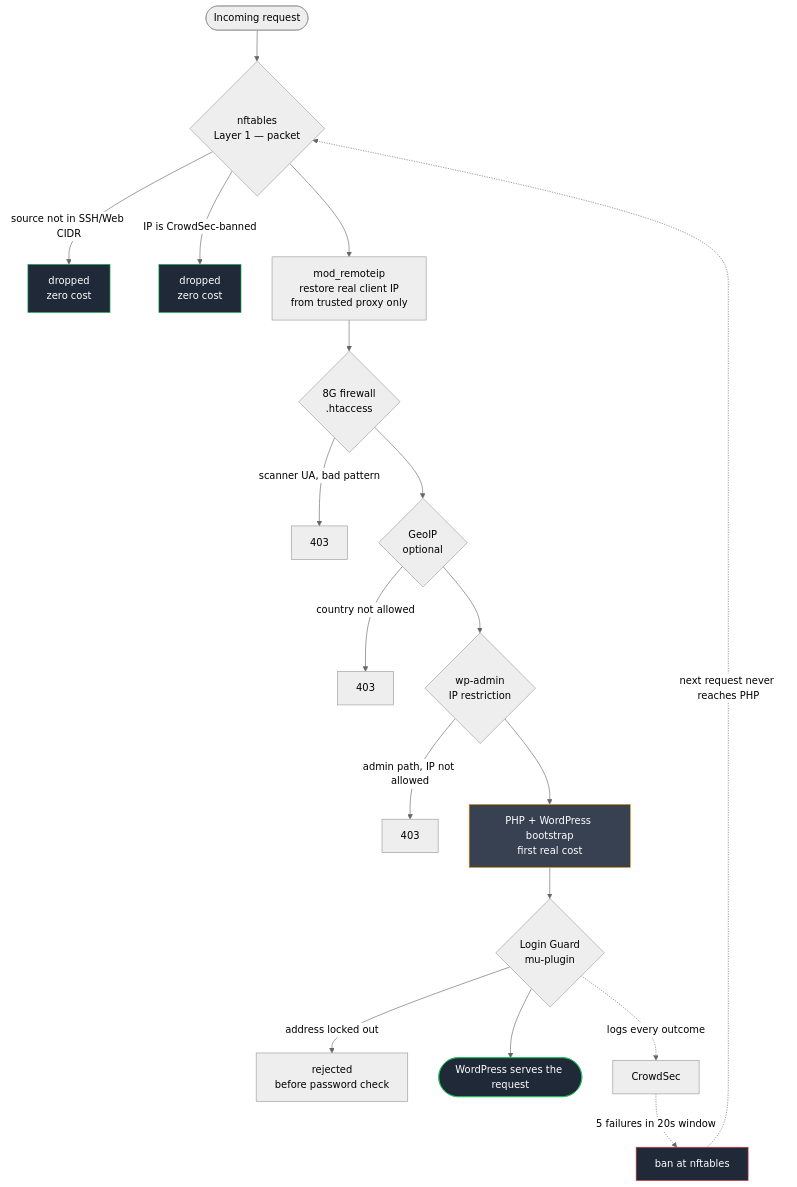
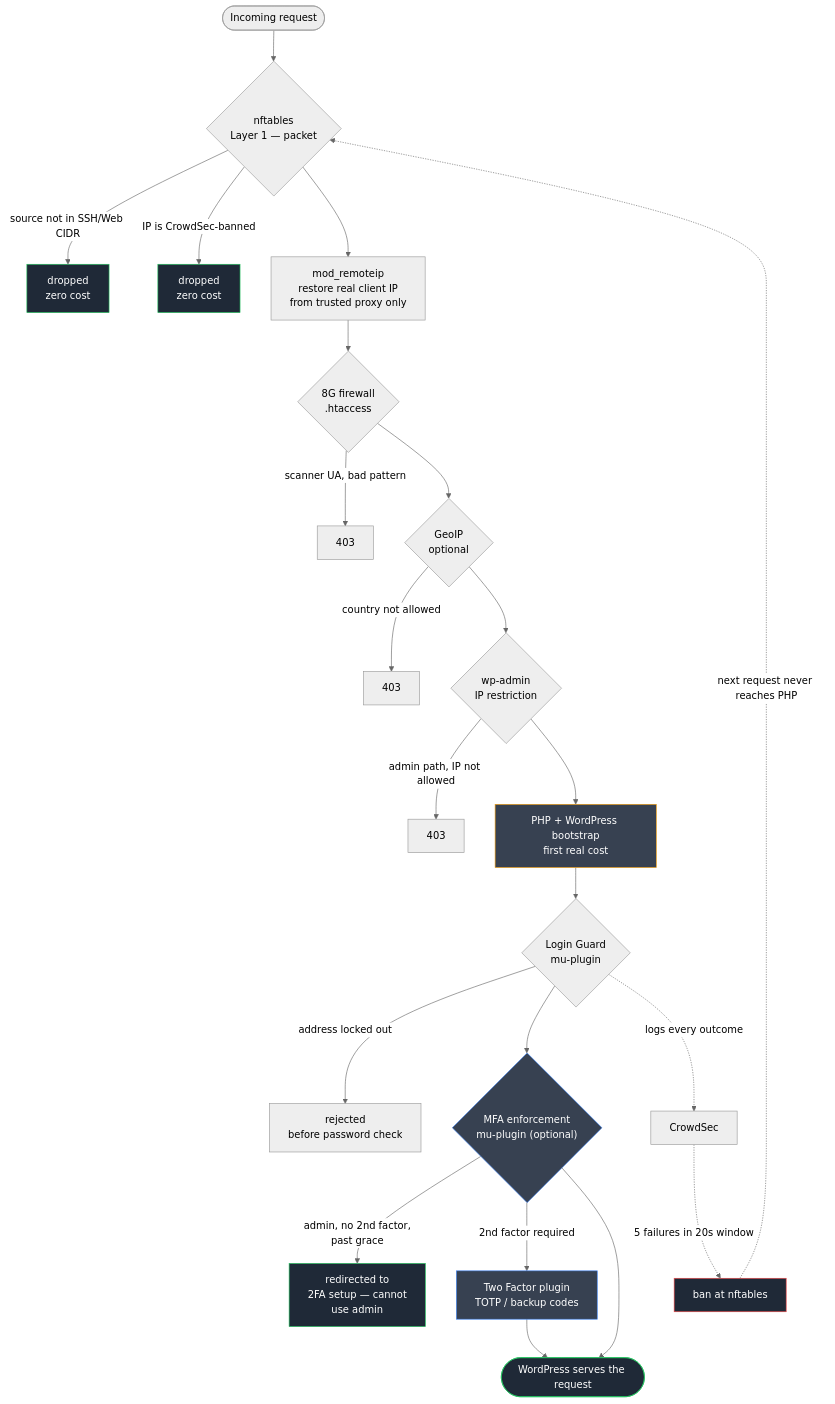
One commit to RothITguy-jitsi/alpine-vm-wordpress changed the second of 8 diagrams in ARCHITECTURE.md. Above: the diagram before and after it, drawn with Mermaid (neutral theme). The commit also changed other lines of this file and 24 other files, not shown here.

````diff
--- a/ARCHITECTURE.md
+++ b/ARCHITECTURE.md
@@ -81,29 +82,36 @@
 ```mermaid
 flowchart TD
     REQ(["Incoming request"]) --> L1{"nftables<br/>Layer 1 — packet"}
     L1 -->|"source not in SSH/Web CIDR"| D1["dropped<br/>zero cost"]
     L1 -->|"IP is CrowdSec-banned"| D2["dropped<br/>zero cost"]
     L1 --> RIP["mod_remoteip<br/>restore real client IP<br/>from trusted proxy only"]
 
     RIP --> L2A{"8G firewall<br/>.htaccess"}
     L2A -->|"scanner UA, bad pattern"| D3["403"]
     L2A --> L2B{"GeoIP<br/>optional"}
     L2B -->|"country not allowed"| D4["403"]
     L2B --> L2C{"wp-admin<br/>IP restriction"}
     L2C -->|"admin path, IP not allowed"| D5["403"]
 
     L2C --> PHP["PHP + WordPress bootstrap<br/>first real cost"]
     PHP --> L4{"Login Guard<br/>mu-plugin"}
     L4 -->|"address locked out"| D6["rejected<br/>before password check"]
-    L4 --> APP(["WordPress serves the request"])
+    L4 --> L5{"MFA enforcement<br/>mu-plugin (optional)"}
+    L5 -->|"admin, no 2nd factor,<br/>past grace"| D7["redirected to<br/>2FA setup — cannot<br/>use admin"]
+    L5 -->|"2nd factor required"| TF["Two Factor plugin<br/>TOTP / backup codes"]
+    TF --> APP(["WordPress serves the request"])
+    L5 --> APP
 
     L4 -.->|"logs every outcome"| CSX["CrowdSec"]
     CSX -.->|"5 failures in 20s window"| BAN["ban at nftables"]
     BAN -.->|"next request never reaches PHP"| L1
 
     style D1 fill:#1f2937,stroke:#22c55e,color:#fff
     style D2 fill:#1f2937,stroke:#22c55e,color:#fff
     style BAN fill:#1f2937,stroke:#ef4444,color:#fff
     style PHP fill:#374151,stroke:#f59e0b,color:#fff
     style APP fill:#1f2937,stroke:#22c55e,color:#fff
+    style D7 fill:#1f2937,stroke:#22c55e,color:#fff
+    style TF fill:#374151,stroke:#3b82f6,color:#fff
+    style L5 fill:#374151,stroke:#3b82f6,color:#fff
 ```
````
